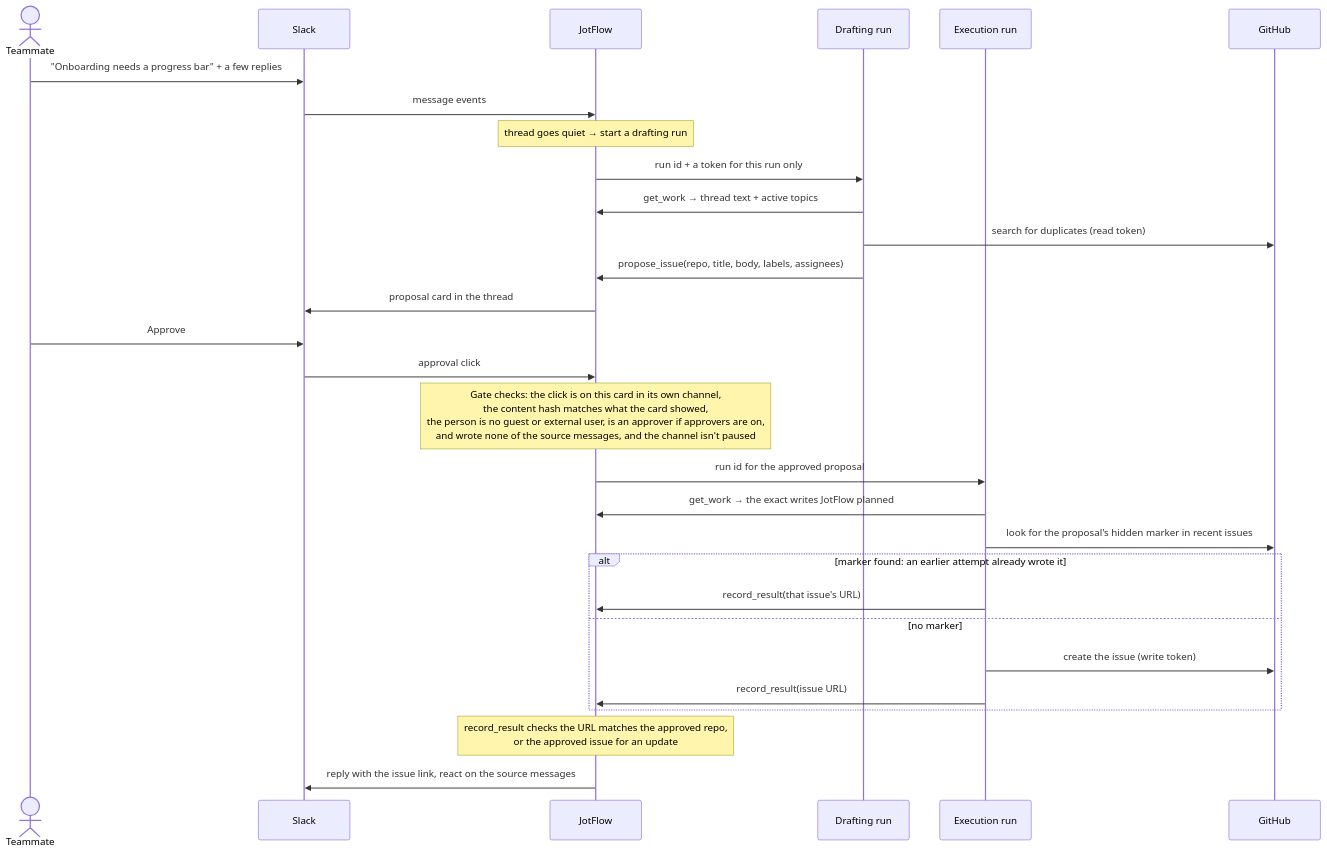
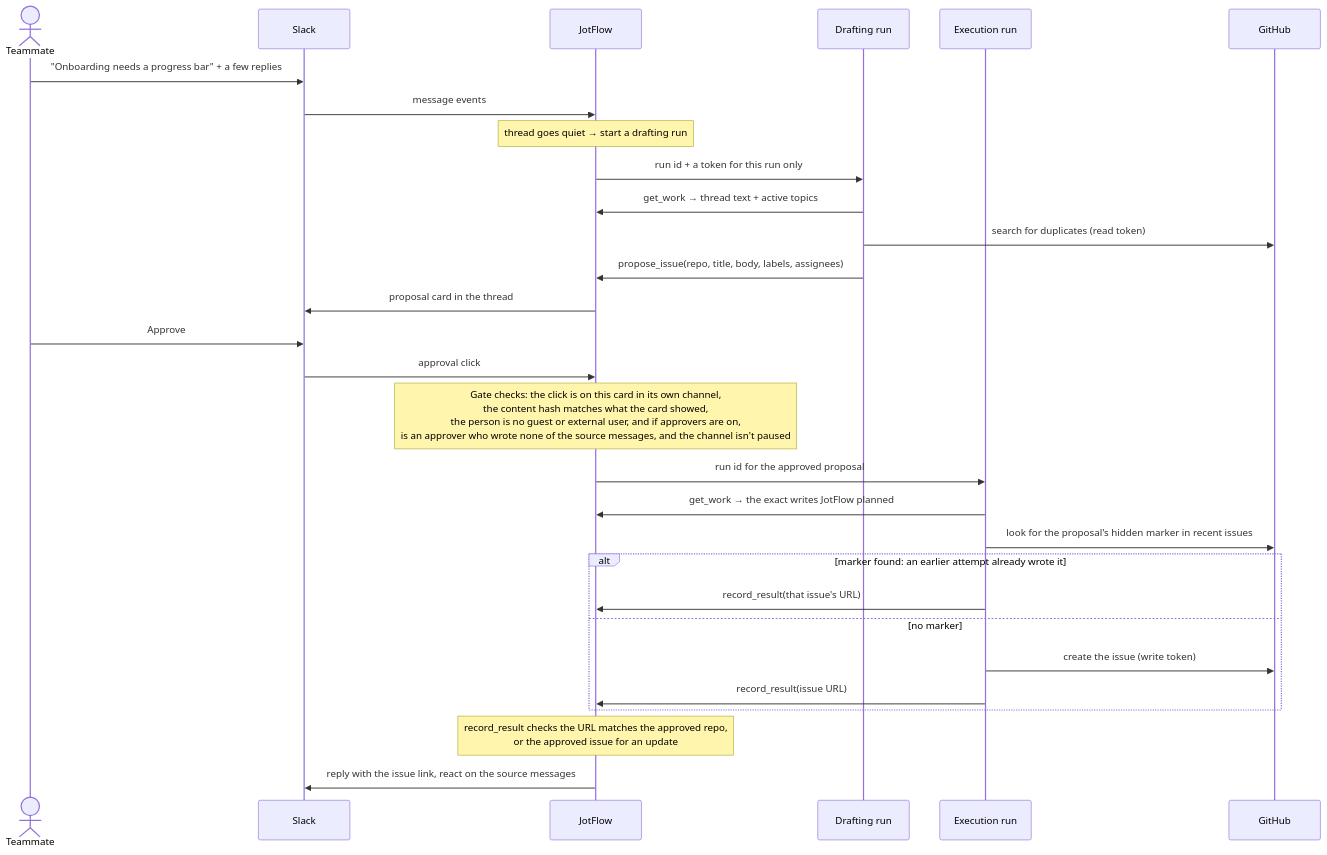
The second of 2 diagrams in README.md (Jnkman787/jotflow), drawn with Mermaid before and after one commit.

Commit message:
docs(readme): the source-author check applies only with approvers on

````diff
--- a/README.md
+++ b/README.md
@@ -72,32 +72,32 @@
 ```mermaid
 sequenceDiagram
     actor T as Teammate
     participant S as Slack
     participant U as JotFlow
     participant D as Drafting run
     participant E as Execution run
     participant G as GitHub
 
     T->>S: "Onboarding needs a progress bar" + a few replies
     S->>U: message events
     Note over U: thread goes quiet → start a drafting run
     U->>D: run id + a token for this run only
     D->>U: get_work → thread text + active topics
     D->>G: search for duplicates (read token)
     D->>U: propose_issue(repo, title, body, labels, assignees)
     U->>S: proposal card in the thread
     T->>S: Approve
     S->>U: approval click
-    Note over U: Gate checks: the click is on this card in its own channel,<br/>the content hash matches what the card showed,<br/>the person is no guest or external user, is an approver if approvers are on,<br/>and wrote none of the source messages, and the channel isn't paused
+    Note over U: Gate checks: the click is on this card in its own channel,<br/>the content hash matches what the card showed,<br/>the person is no guest or external user, and if approvers are on,<br/>is an approver who wrote none of the source messages, and the channel isn't paused
     U->>E: run id for the approved proposal
     E->>U: get_work → the exact writes JotFlow planned
     E->>G: look for the proposal's hidden marker in recent issues
     alt marker found: an earlier attempt already wrote it
         E->>U: record_result(that issue's URL)
     else no marker
         E->>G: create the issue (write token)
         E->>U: record_result(issue URL)
     end
     Note over U: record_result checks the URL matches the approved repo,<br/>or the approved issue for an update
     U->>S: reply with the issue link, react on the source messages
 ```
````
